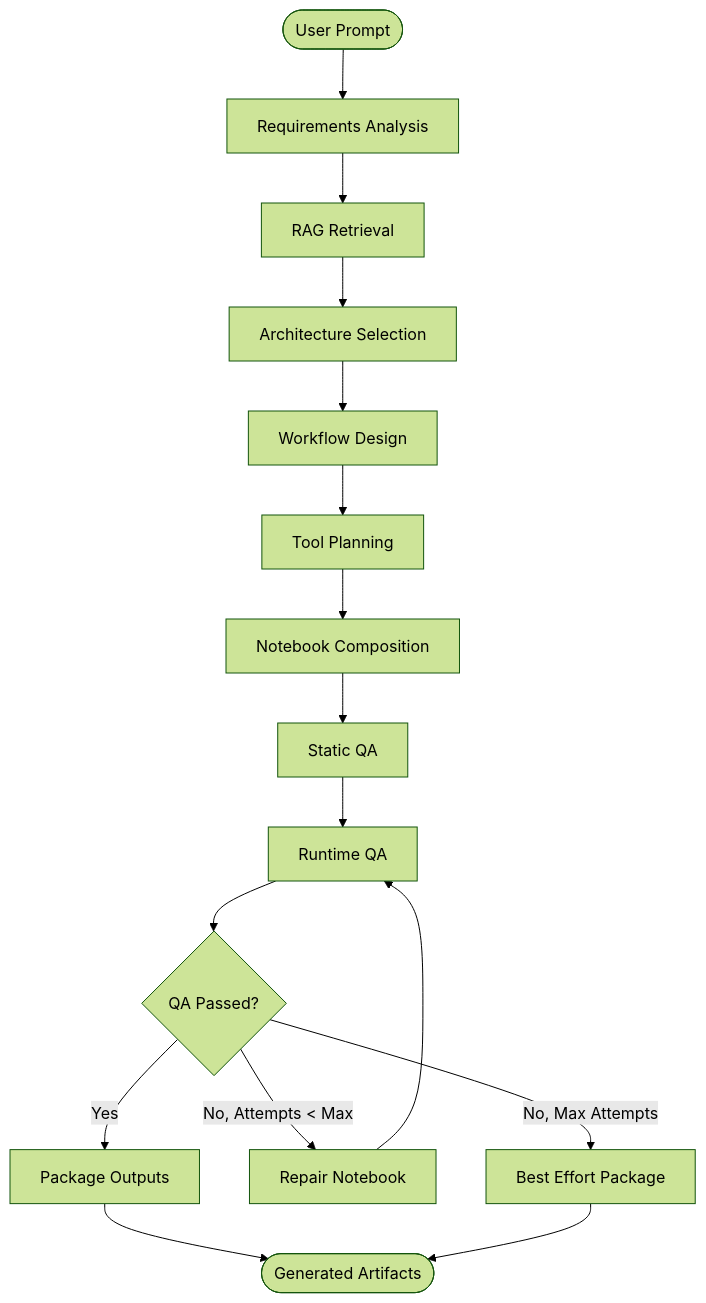
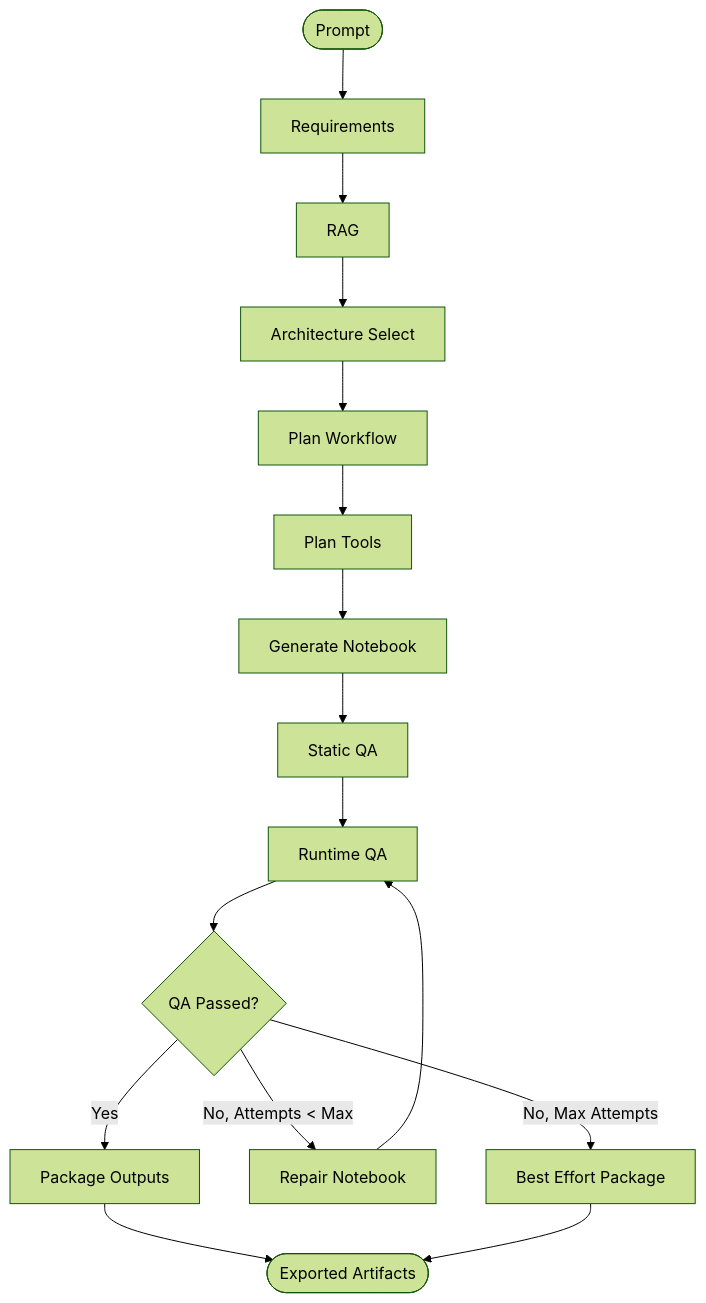
Before and after one commit to dhar174/langgraph_system_generator: the diagram in docs/wiki/Architecture-Deep-Dive.md, drawn with Mermaid (forest theme). The commit also changed other lines of this file and 16 other files, not shown here.

````diff
--- a/docs/wiki/Architecture-Deep-Dive.md
+++ b/docs/wiki/Architecture-Deep-Dive.md
@@ -11,18 +17,18 @@
 ```mermaid
 graph TB
-    Start([User Prompt]) --> Intake
-    Intake[Requirements Analysis] --> RAG
-    RAG[RAG Retrieval] --> ArchSelect
-    ArchSelect[Architecture Selection] --> GraphDesign
-    GraphDesign[Workflow Design] --> ToolPlan
-    ToolPlan[Tool Planning] --> Compose
-    Compose[Notebook Composition] --> StaticQA
+    Start([Prompt]) --> Intake
+    Intake[Requirements] --> RAG
+    RAG[RAG] --> ArchSelect
+    ArchSelect[Architecture Select] --> GraphDesign
+    GraphDesign[Plan Workflow] --> ToolPlan
+    ToolPlan[Plan Tools] --> Compose
+    Compose[Generate Notebook] --> StaticQA
     StaticQA[Static QA] --> RuntimeQA
     RuntimeQA[Runtime QA] --> Decision{QA Passed?}
     Decision -->|Yes| Package[Package Outputs]
     Decision -->|No, Attempts < Max| Repair[Repair Notebook]
     Decision -->|No, Max Attempts| Fail[Best Effort Package]
     Repair --> RuntimeQA
-    Package --> End([Generated Artifacts])
+    Package --> End([Exported Artifacts])
     Fail --> End
 ```
````
